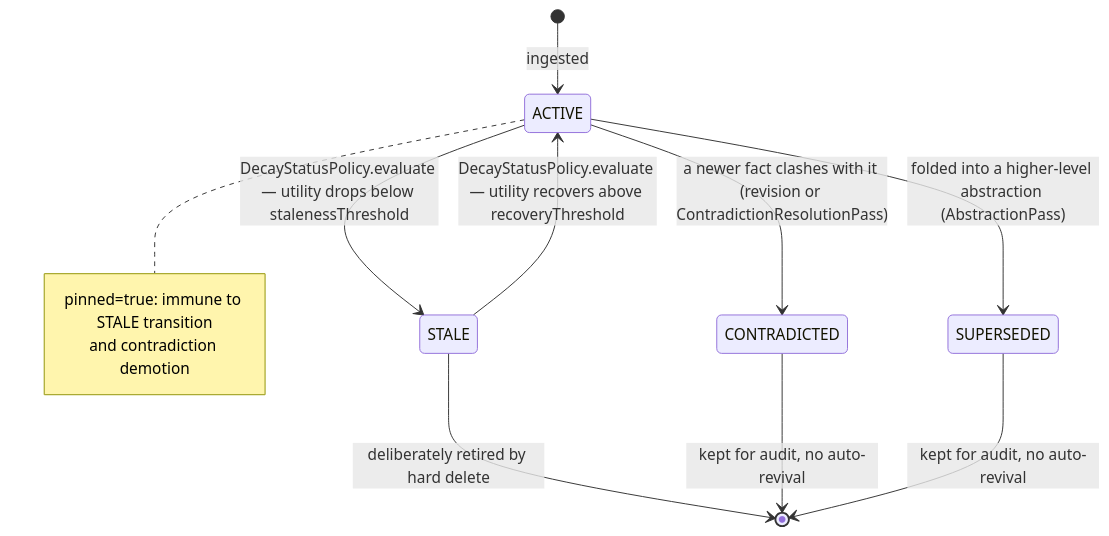
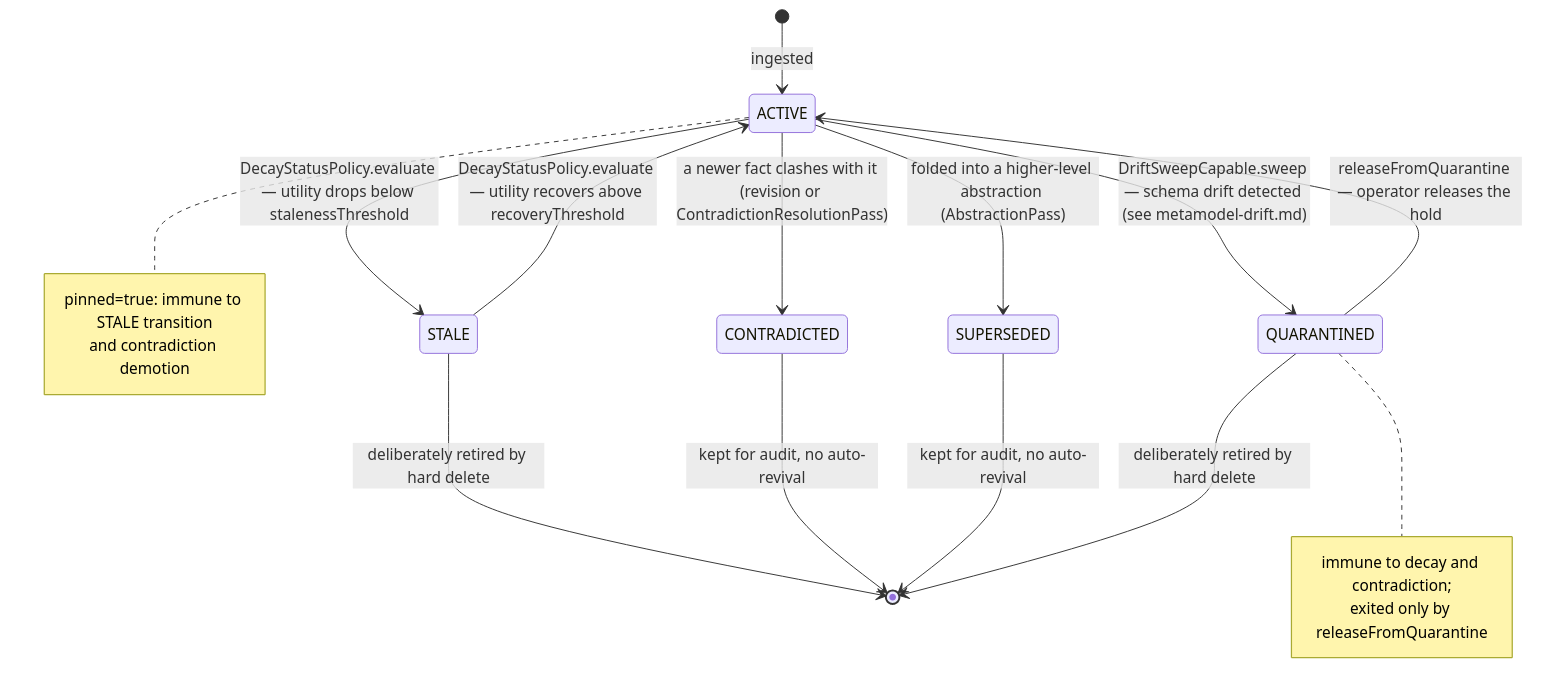
One commit to embabel/dice changed the first of 5 diagrams in docs/design/proposition-lifecycle.md. Above: the diagram before and after it, drawn with Mermaid. The commit also changed 3 other files, not shown here.

````diff
--- a/docs/design/proposition-lifecycle.md
+++ b/docs/design/proposition-lifecycle.md
@@ -16,15 +16,22 @@
 ```mermaid
 stateDiagram-v2
     [*] --> ACTIVE : ingested
     ACTIVE --> CONTRADICTED : a newer fact clashes with it (revision or ContradictionResolutionPass)
     ACTIVE --> SUPERSEDED : folded into a higher-level abstraction (AbstractionPass)
     ACTIVE --> STALE : DecayStatusPolicy.evaluate — utility drops below stalenessThreshold
+    ACTIVE --> QUARANTINED : DriftSweepCapable.sweep — schema drift detected (see metamodel-drift.md)
     STALE --> ACTIVE : DecayStatusPolicy.evaluate — utility recovers above recoveryThreshold
+    QUARANTINED --> ACTIVE : releaseFromQuarantine — operator releases the hold
     STALE --> [*] : deliberately retired by hard delete
     CONTRADICTED --> [*] : kept for audit, no auto-revival
     SUPERSEDED --> [*] : kept for audit, no auto-revival
+    QUARANTINED --> [*] : deliberately retired by hard delete
     note right of ACTIVE
         pinned=true: immune to STALE transition
         and contradiction demotion
     end note
+    note right of QUARANTINED
+        immune to decay and contradiction;
+        exited only by releaseFromQuarantine
+    end note
 ```
````
